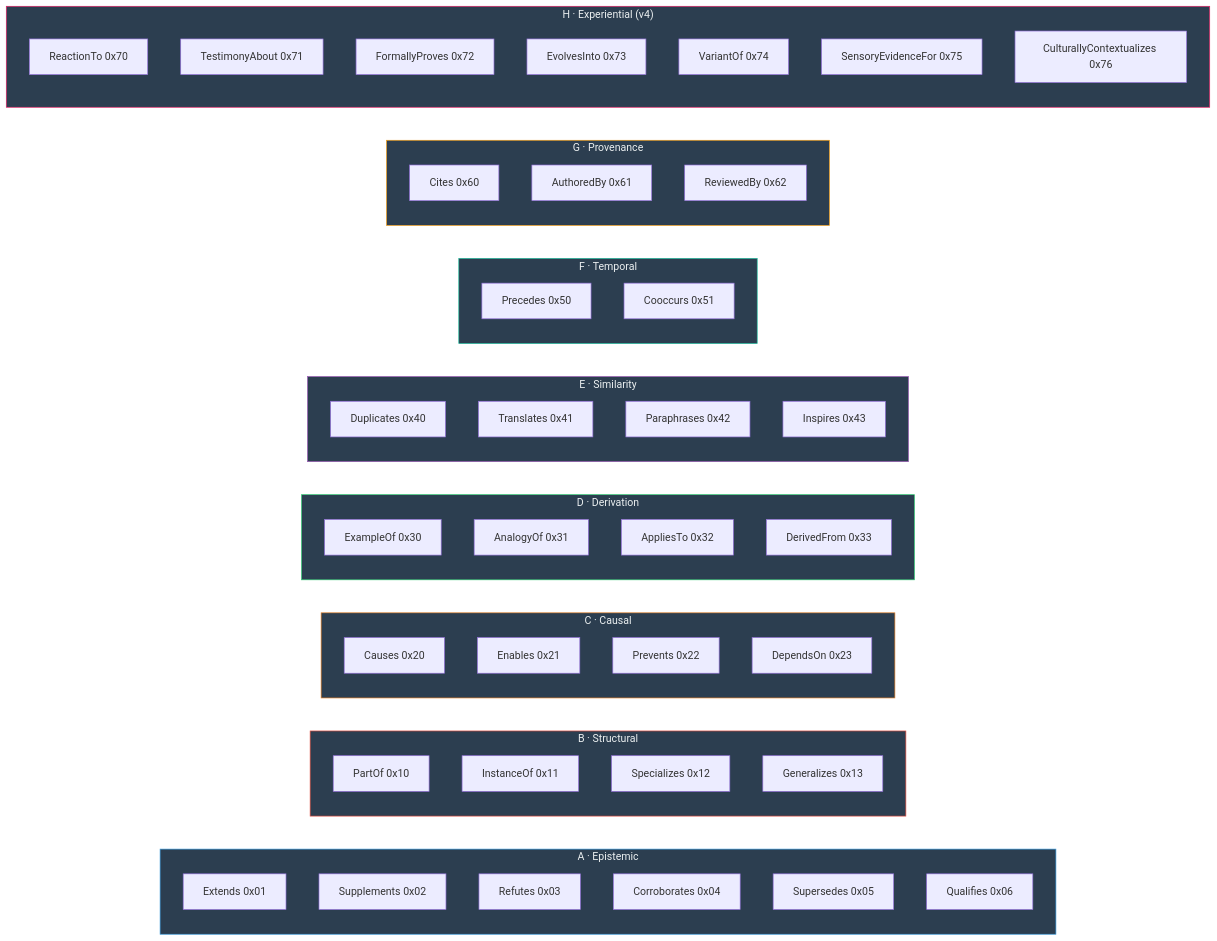
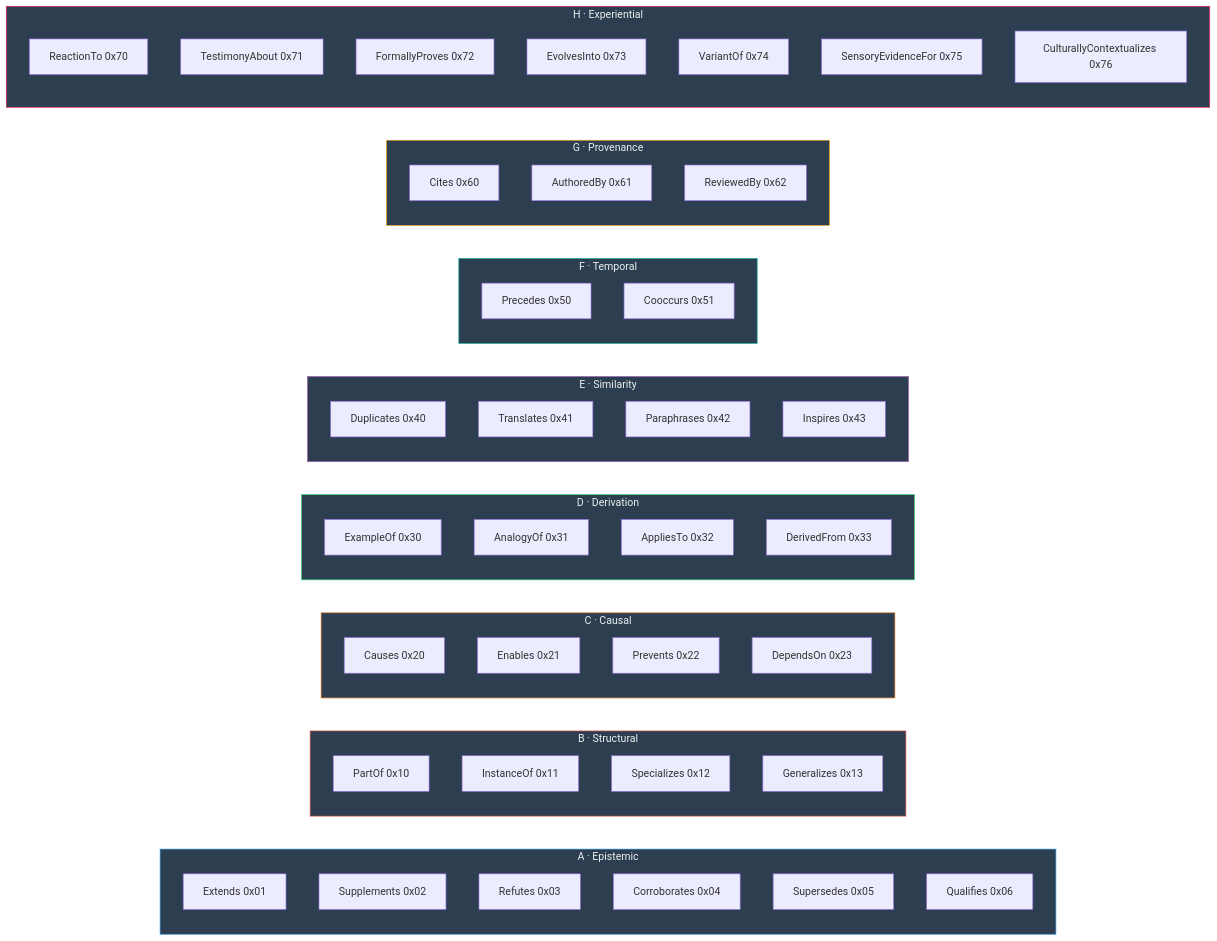
One commit to shpy2001gemi/OneBrain changed the second of 5 diagrams in docs/paper/ku/03_architecture.md. Above: the diagram before and after it, drawn with Mermaid. The commit also changed other lines of this file and 95 other files, not shown here.

````diff
--- a/docs/paper/ku/03_architecture.md
+++ b/docs/paper/ku/03_architecture.md
@@ -333,69 +307,69 @@
 ```mermaid
 graph LR
     subgraph A["A · Epistemic"]
         A1["Extends 0x01"]
         A2["Supplements 0x02"]
         A3["Refutes 0x03"]
         A4["Corroborates 0x04"]
         A5["Supersedes 0x05"]
         A6["Qualifies 0x06"]
     end
 
     subgraph B["B · Structural"]
         B1["PartOf 0x10"]
         B2["InstanceOf 0x11"]
         B3["Specializes 0x12"]
         B4["Generalizes 0x13"]
     end
     
     subgraph C["C · Causal"]
         C1["Causes 0x20"]
         C2["Enables 0x21"]
         C3["Prevents 0x22"]
         C4["DependsOn 0x23"]
     end
     
     subgraph D["D · Derivation"]
         D1["ExampleOf 0x30"]
         D2["AnalogyOf 0x31"]
         D3["AppliesTo 0x32"]
         D4["DerivedFrom 0x33"]
     end
 
     subgraph E["E · Similarity"]
         E1["Duplicates 0x40"]
         E2["Translates 0x41"]
         E3["Paraphrases 0x42"]
         E4["Inspires 0x43"]
     end
     
     subgraph F["F · Temporal"]
         F1["Precedes 0x50"]
         F2["Cooccurs 0x51"]
     end
     
     subgraph G["G · Provenance"]
         G1["Cites 0x60"]
         G2["AuthoredBy 0x61"]
         G3["ReviewedBy 0x62"]
     end
     
-    subgraph H["H · Experiential (v4)"]
+    subgraph H["H · Experiential"]
         H1["ReactionTo 0x70"]
         H2["TestimonyAbout 0x71"]
         H3["FormallyProves 0x72"]
         H4["EvolvesInto 0x73"]
         H5["VariantOf 0x74"]
         H6["SensoryEvidenceFor 0x75"]
         H7["CulturallyContextualizes 0x76"]
     end
     
     style A fill:#2c3e50,stroke:#3498db,color:#ecf0f1
     style B fill:#2c3e50,stroke:#e74c3c,color:#ecf0f1
     style C fill:#2c3e50,stroke:#e67e22,color:#ecf0f1
     style D fill:#2c3e50,stroke:#2ecc71,color:#ecf0f1
     style E fill:#2c3e50,stroke:#9b59b6,color:#ecf0f1
     style F fill:#2c3e50,stroke:#1abc9c,color:#ecf0f1
     style G fill:#2c3e50,stroke:#f39c12,color:#ecf0f1
     style H fill:#2c3e50,stroke:#e91e63,color:#ecf0f1
 ```
````
